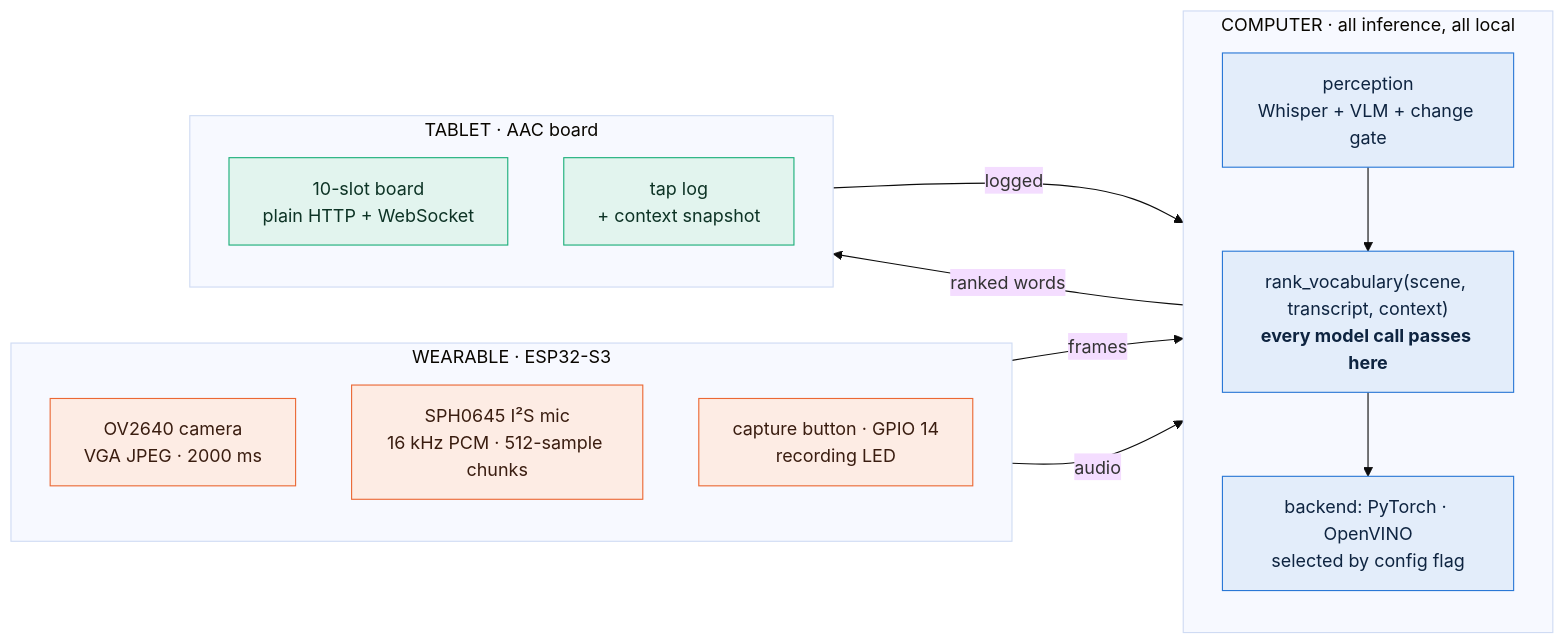
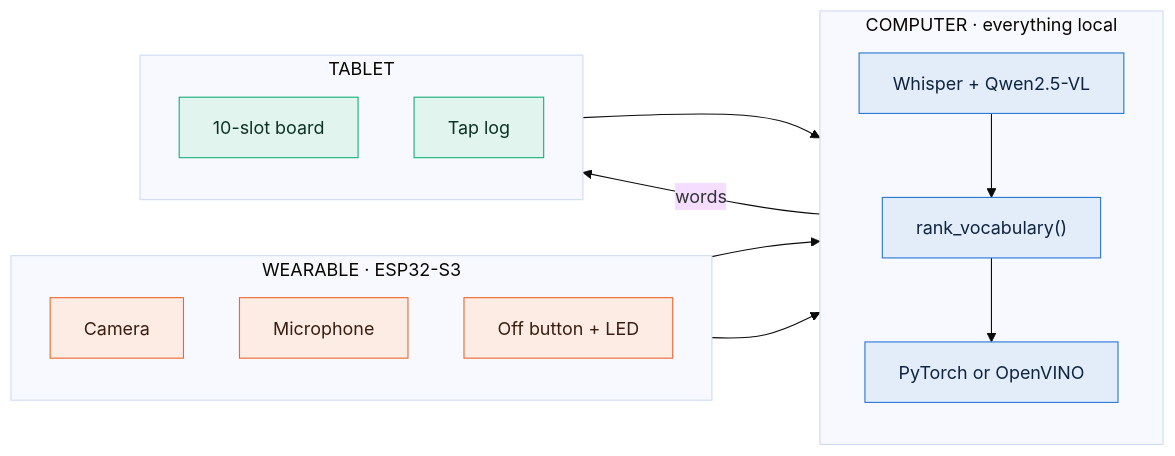
Before and after one commit to tanayvin1216/Revoce: the first of 3 diagrams in README.md, drawn with Mermaid (base theme). The commit also changed other lines of this file and 11 other files, not shown here.

Commit message:
redo the readme as a launch page and restyle the charts

````diff
--- a/README.md
+++ b/README.md
@@ -110,35 +214,35 @@
 ```mermaid
 flowchart LR
     subgraph W["WEARABLE · ESP32-S3"]
         direction TB
-        CAM["OV2640 camera<br/>VGA JPEG · 2000 ms"]
-        MIC["SPH0645 I²S mic<br/>16 kHz PCM · 512-sample chunks"]
-        BTN["capture button · GPIO 14<br/>recording LED"]
+        CAM["Camera"]
+        MIC["Microphone"]
+        BTN["Off button + LED"]
     end
 
-    subgraph M["COMPUTER · all inference, all local"]
+    subgraph M["COMPUTER · everything local"]
         direction TB
-        PERC["perception<br/>Whisper + VLM + change gate"]
-        SEAM["rank_vocabulary(scene, transcript, context)<br/><b>every model call passes here</b>"]
-        BACK["backend: PyTorch · OpenVINO<br/>selected by config flag"]
+        PERC["Whisper + Qwen2.5-VL"]
+        SEAM["rank_vocabulary()"]
+        BACK["PyTorch or OpenVINO"]
         PERC --> SEAM --> BACK
     end
 
-    subgraph T["TABLET · AAC board"]
+    subgraph T["TABLET"]
         direction TB
-        UI["10-slot board<br/>plain HTTP + WebSocket"]
-        TAP["tap log<br/>+ context snapshot"]
+        UI["10-slot board"]
+        TAP["Tap log"]
     end
 
-    CAM -- "frames" --> PERC
-    MIC -- "audio" --> PERC
-    BACK -- "ranked words" --> UI
-    TAP -- "logged" --> M
+    CAM --> PERC
+    MIC --> PERC
+    BACK -- "words" --> UI
+    TAP --> M
 
     classDef wear fill:#fdece4,stroke:#eb6834,color:#3a1d10
     classDef mac fill:#e3edfa,stroke:#2a78d6,color:#0e2440
     classDef tab fill:#e2f4ee,stroke:#1baf7a,color:#0d3325
     class CAM,MIC,BTN wear
     class PERC,SEAM,BACK mac
     class UI,TAP tab
 ```
````
